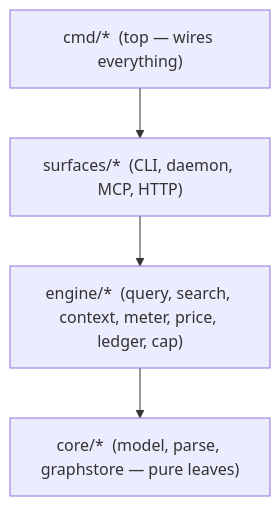
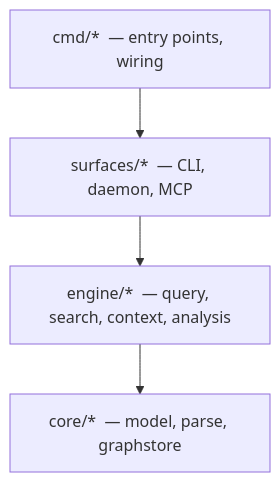
The diagram in readme.md (samibel/graphi), drawn with Mermaid before and after one commit. The commit also changed other lines of this file and 36 other files, not shown here.

First line of the commit message:
Implement EP-005 deep analysis tools in MCP

````diff
--- a/readme.md
+++ b/readme.md
@@ -37,8 +148,8 @@
 ```mermaid
 flowchart TD
-    CMD["cmd/*  (top — wires everything)"]
-    SURF["surfaces/*  (CLI, daemon, MCP, HTTP)"]
-    ENG["engine/*  (query, search, context, meter, price, ledger, cap)"]
-    CORE["core/*  (model, parse, graphstore — pure leaves)"]
+    CMD["cmd/*  — entry points, wiring"]
+    SURF["surfaces/*  — CLI, daemon, MCP"]
+    ENG["engine/*  — query, search, context, analysis"]
+    CORE["core/*  — model, parse, graphstore"]
     CMD --> SURF --> ENG --> CORE
 ```
````
